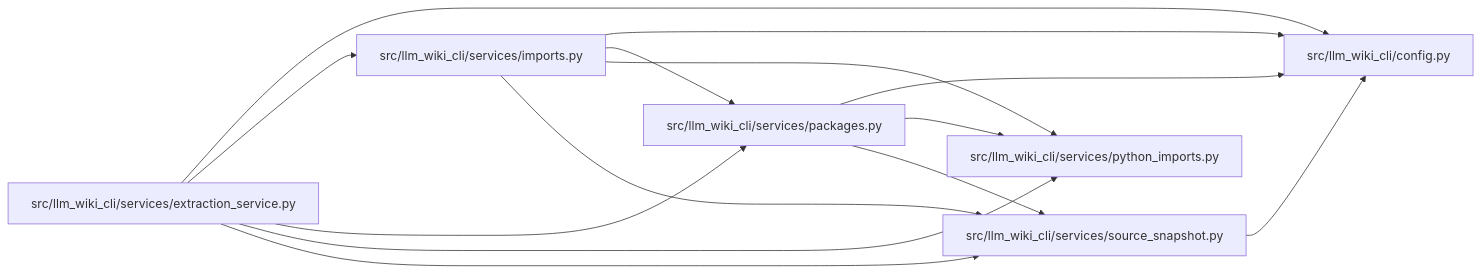
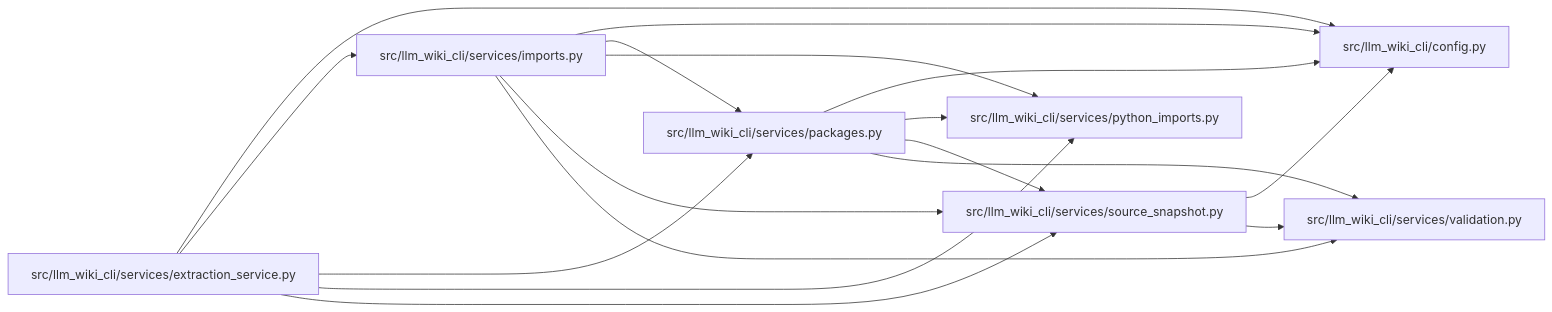
Before and after one commit to Denissvgn/python-wiki-llm: the diagram in docs/llm_wiki/modules/packages.md, drawn with Mermaid. The commit also changed other lines of this file and 334 other files, not shown here.

````diff
--- a/docs/llm_wiki/modules/packages.md
+++ b/docs/llm_wiki/modules/packages.md
@@ -33,28 +34,33 @@
 ```mermaid
 flowchart LR
     n0["src/llm_wiki_cli/config.py"]
     n1["src/llm_wiki_cli/services/extraction_service.py"]
     n2["src/llm_wiki_cli/services/imports.py"]
     n3["src/llm_wiki_cli/services/packages.py"]
     n4["src/llm_wiki_cli/services/python_imports.py"]
     n5["src/llm_wiki_cli/services/source_snapshot.py"]
+    n6["src/llm_wiki_cli/services/validation.py"]
     n1 --> n0
     n1 --> n2
     n1 --> n3
     n1 --> n4
     n1 --> n5
     n2 --> n0
     n2 --> n3
     n2 --> n4
     n2 --> n5
+    n2 --> n6
     n3 --> n0
     n3 --> n4
     n3 --> n5
+    n3 --> n6
     n5 --> n0
+    n5 --> n6
     click n0 "../modules/config.md"
     click n1 "../modules/extraction_service.md"
     click n2 "../modules/imports.md"
     click n3 "../modules/packages.md"
     click n4 "../modules/python_imports.md"
     click n5 "../modules/source_snapshot.md"
+    click n6 "../modules/validation.md"
 ```
````
